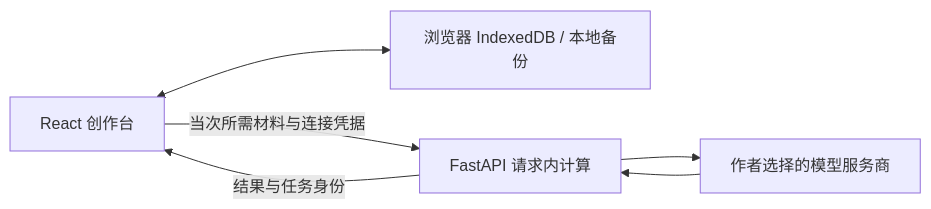
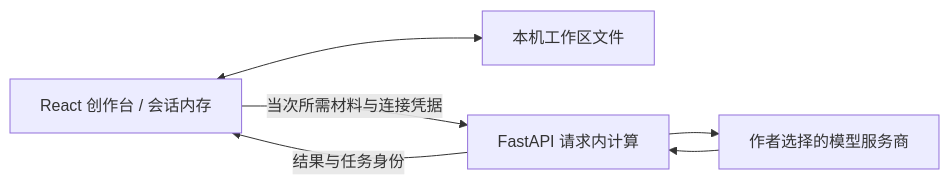
The diagram in README.md (HenRiser/novel-generator), drawn with Mermaid before and after one commit. The commit also changed other lines of this file and 35 other files, not shown here.

````diff
--- a/README.md
+++ b/README.md
@@ -50,8 +52,8 @@
 ```mermaid
 flowchart LR
-    UI[React 创作台] <--> Local[浏览器 IndexedDB / 本地备份]
+    UI[React 创作台 / 会话内存] <--> Local[本机工作区文件]
     UI -->|当次所需材料与连接凭据| API[FastAPI 请求内计算]
     API --> Provider[作者选择的模型服务商]
     Provider --> API
     API -->|结果与任务身份| UI
 ```
````
